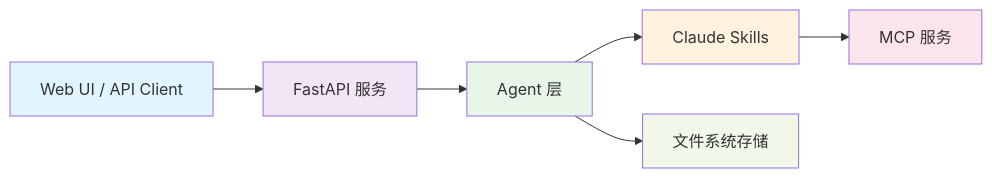
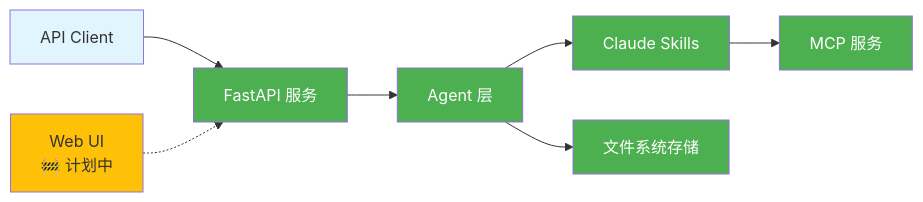
The diagram in README.md (ThreeFish-AI/agentic-ai-cognizes), drawn with Mermaid before and after one commit. The commit also changed other lines of this file, not shown here.

````diff
--- a/README.md
+++ b/README.md
@@ -65,15 +85,18 @@
 ```mermaid
 flowchart LR
-    A[Web UI / API Client] --> B[FastAPI 服务]
+    A[API Client] --> B[FastAPI 服务]
     B --> C[Agent 层]
     C --> D[Claude Skills]
     D --> E[MCP 服务]
     C --> F[文件系统存储]
 
+    G[Web UI<br/>🚧 计划中] -.-> B
+
     style A fill:#e1f5fe
-    style B fill:#f3e5f5
-    style C fill:#e8f5e9
-    style D fill:#fff3e0
-    style E fill:#fce4ec
-    style F fill:#f1f8e9
+    style B fill:#4CAF50,color:#fff
+    style C fill:#4CAF50,color:#fff
+    style D fill:#4CAF50,color:#fff
+    style E fill:#4CAF50,color:#fff
+    style F fill:#4CAF50,color:#fff
+    style G fill:#FFC107
 ```
````
